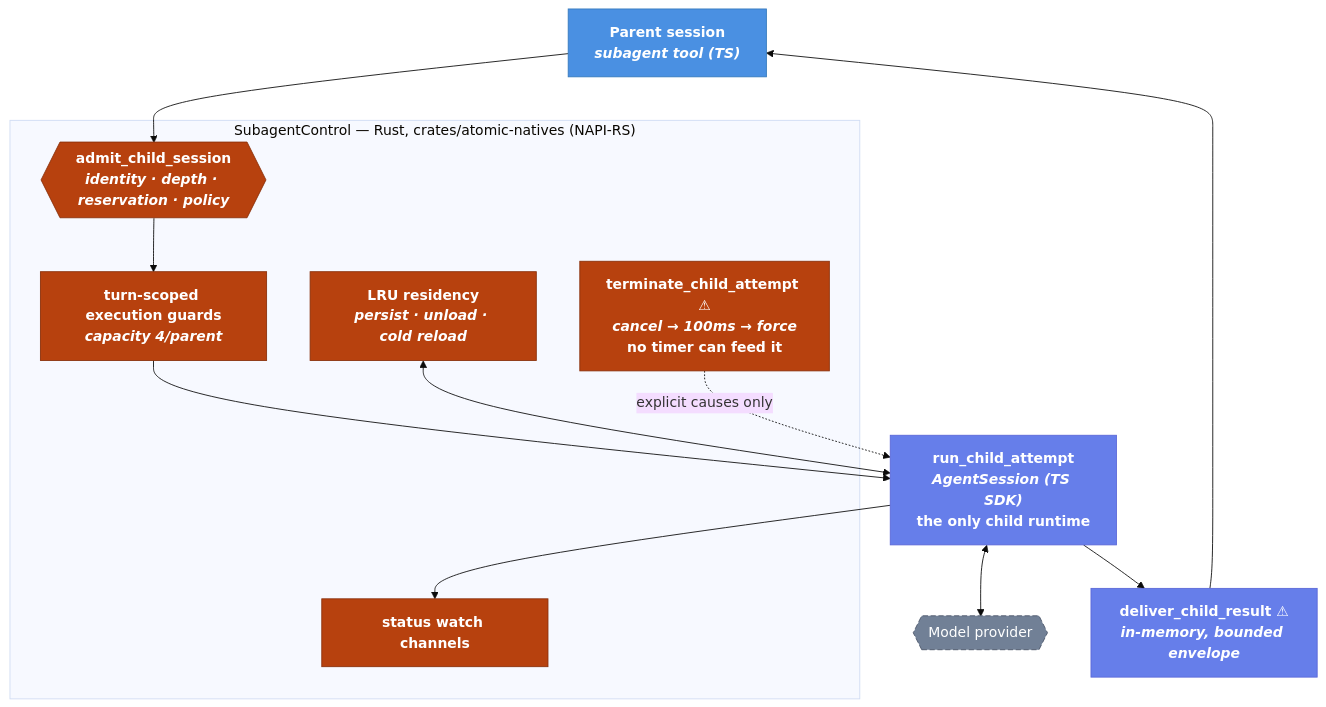
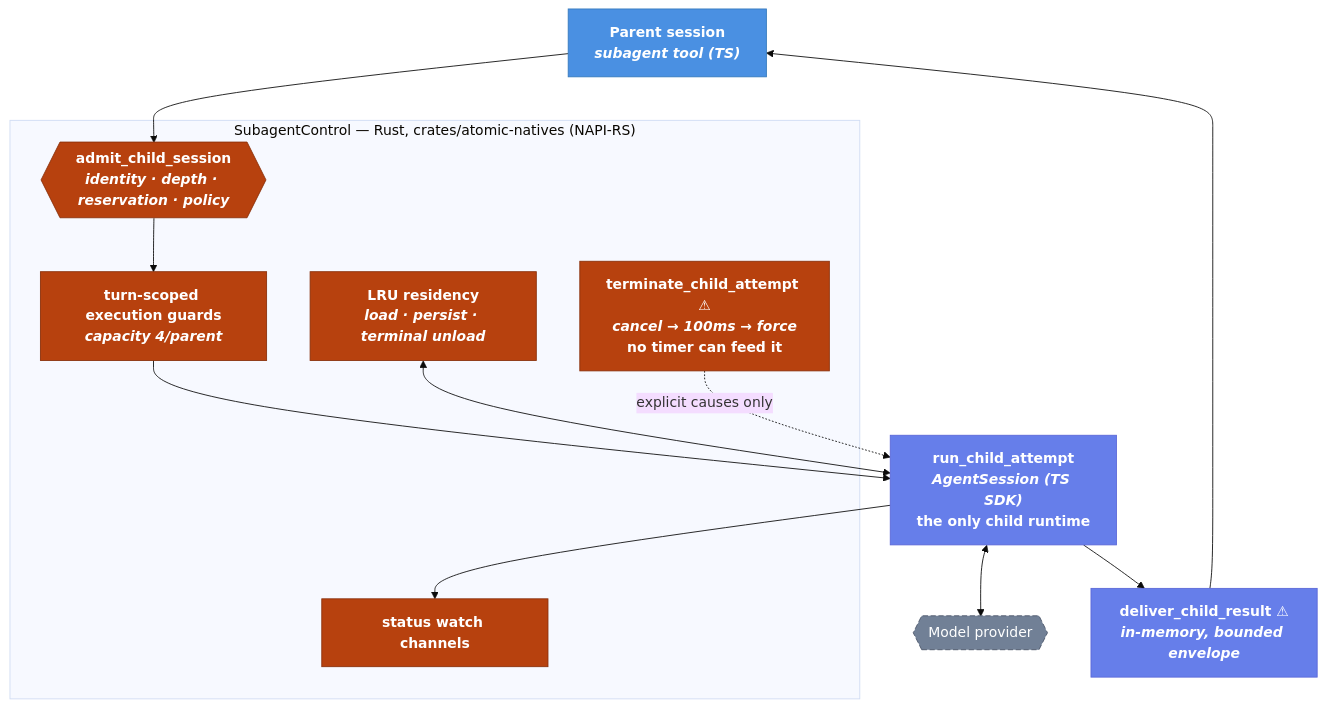
Before and after one commit to MarkAronov/atomic: the diagram in specs/2026-08-04-subagents-inprocess-runner.md, drawn with Mermaid. The commit also changed other lines of this file and 36 other files, not shown here.

````diff
--- a/specs/2026-08-04-subagents-inprocess-runner.md
+++ b/specs/2026-08-04-subagents-inprocess-runner.md
@@ -74,29 +74,29 @@
 ```mermaid
 %%{init: {'theme':'base'}}%%
 flowchart TB
     classDef rust fill:#b7410e,stroke:#8a300a,color:#fff,font-weight:600
     classDef core fill:#4a90e2,stroke:#357abd,color:#fff,font-weight:600
     classDef support fill:#667eea,stroke:#5a67d8,color:#fff,font-weight:600
     classDef danger fill:#e25c4a,stroke:#bd4535,color:#fff,font-weight:600
     classDef external fill:#718096,stroke:#4a5568,color:#fff,stroke-dasharray:6 3
 
     Parent["Parent session<br/><i>subagent tool (TS)</i>"]:::core
     subgraph Control["SubagentControl — Rust, crates/atomic-natives (NAPI-RS)"]
         Admit{{"admit_child_session<br/><i>identity · depth · reservation · policy</i>"}}:::rust
         Guard["turn-scoped execution guards<br/><i>capacity 4/parent</i>"]:::rust
-        Res["LRU residency<br/><i>persist · unload · cold reload</i>"]:::rust
+        Res["LRU residency<br/><i>load · persist · terminal unload</i>"]:::rust
         Watch["status watch channels"]:::rust
         Kill["terminate_child_attempt ⚠<br/><i>cancel → 100ms → force</i><br/>no timer can feed it"]:::rust
     end
     Sess["run_child_attempt<br/><i>AgentSession (TS SDK)</i><br/>the only child runtime"]:::support
     Deliver["deliver_child_result ⚠<br/><i>in-memory, bounded envelope</i>"]:::support
     Provider{{"Model provider"}}:::external
 
     Parent --> Admit
     Admit --> Guard --> Sess
     Sess <--> Provider
     Sess --> Watch
     Res <--> Sess
     Kill -.->|"explicit causes only"| Sess
     Sess --> Deliver --> Parent
 ```
````
